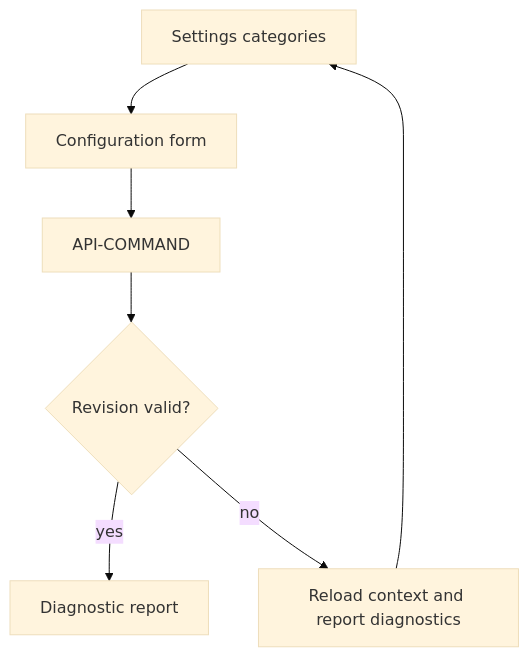
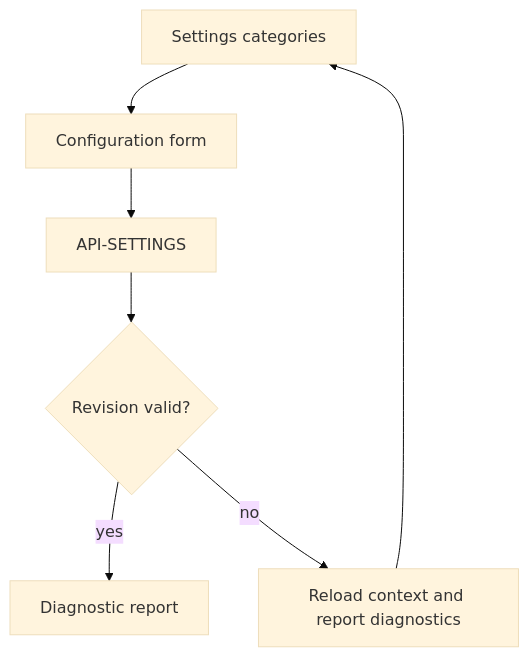
The first of 2 diagrams in docs/design/studio/UI23.md (ameenalqershi/wow-decision-intelligence), drawn with Mermaid (base theme) before and after one commit. The commit also changed other lines of this file and 15 other files, not shown here.

````diff
--- a/docs/design/studio/UI23.md
+++ b/docs/design/studio/UI23.md
@@ -21,9 +21,9 @@
 ```mermaid
 flowchart TD
   S["Settings categories"] --> W["Configuration form"]
-  W --> A["API-COMMAND"]
+  W --> A["API-SETTINGS"]
   A --> V{"Revision valid?"}
   V -->|yes| I["Diagnostic report"]
   V -->|no| R["Reload context and report diagnostics"]
   R --> S
 ```
````
